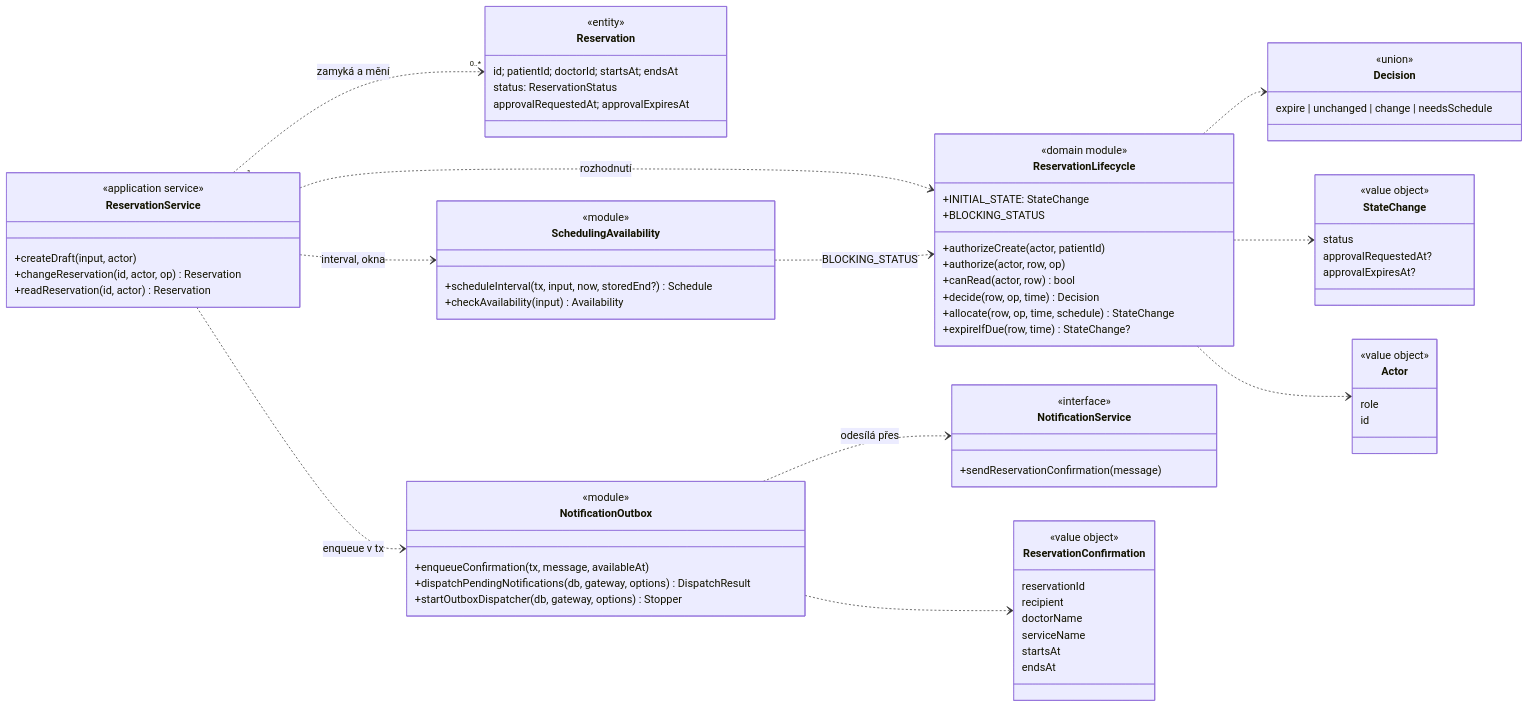
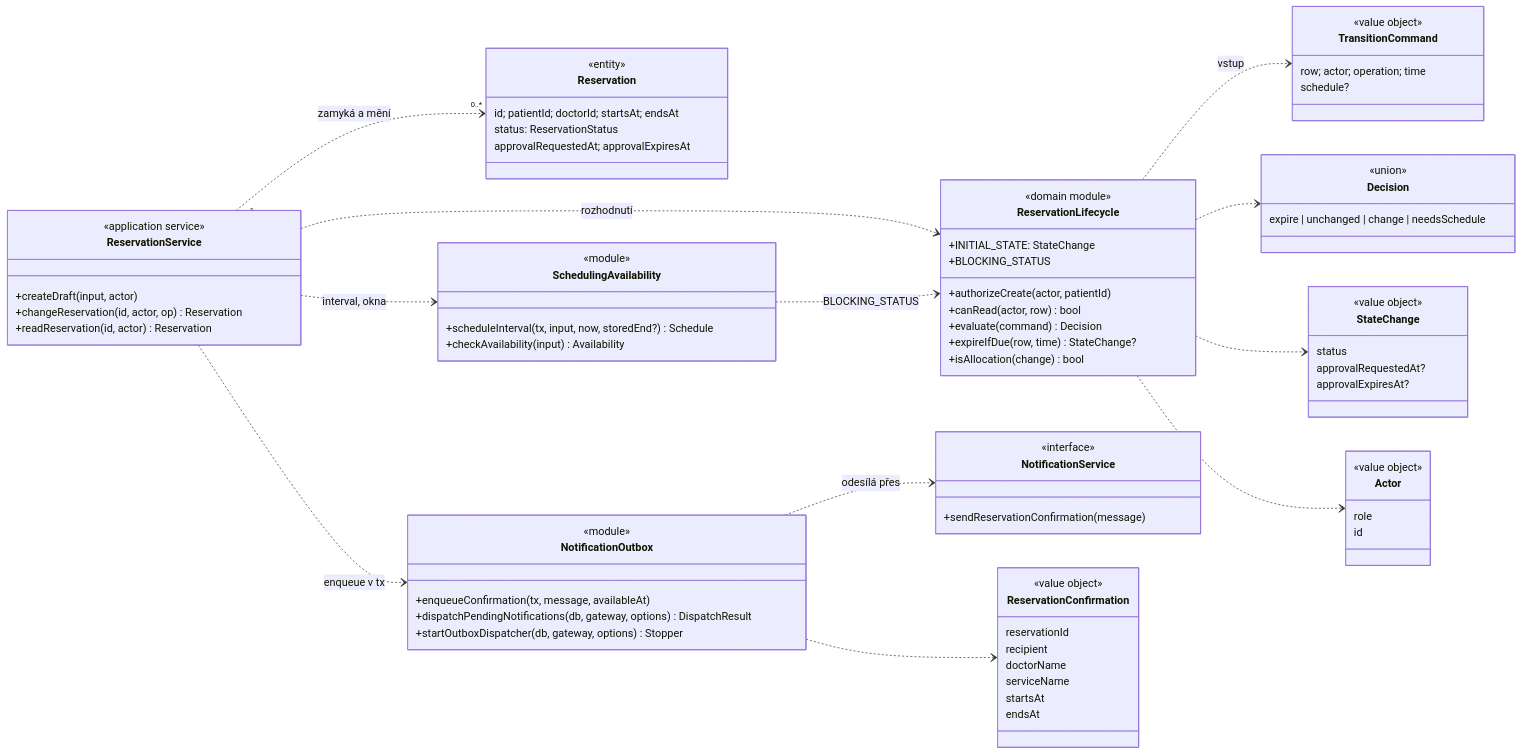
The sixth of 6 diagrams in docs/c03/architecture.md (ethanjojo/reservationsystem-swi), drawn with Mermaid before and after one commit. The commit also changed other lines of this file and 1 other file, not shown here.

First line of the commit message:
docs: align C03 views and ADR-007 with C05 evaluate contract (C06 F2)

````diff
--- a/docs/c03/architecture.md
+++ b/docs/c03/architecture.md
@@ -293,76 +298,81 @@
 ```mermaid
 classDiagram
   direction LR
   class Reservation {
     <<entity>>
     id; patientId; doctorId; startsAt; endsAt
     status: ReservationStatus
     approvalRequestedAt; approvalExpiresAt
   }
   class Actor {
     <<value object>>
     role
     id
   }
   class ReservationLifecycle {
     <<domain module>>
     +INITIAL_STATE: StateChange
     +BLOCKING_STATUS
     +authorizeCreate(actor, patientId)
-    +authorize(actor, row, op)
     +canRead(actor, row) bool
-    +decide(row, op, time) Decision
-    +allocate(row, op, time, schedule) StateChange
+    +evaluate(command) Decision
     +expireIfDue(row, time) StateChange?
+    +isAllocation(change) bool
+  }
+  class TransitionCommand {
+    <<value object>>
+    row; actor; operation; time
+    schedule?
   }
   class Decision {
     <<union>>
     expire | unchanged | change | needsSchedule
   }
   class StateChange {
     <<value object>>
     status
     approvalRequestedAt?
     approvalExpiresAt?
   }
   class ReservationService {
     <<application service>>
     +createDraft(input, actor)
     +changeReservation(id, actor, op) Reservation
     +readReservation(id, actor) Reservation
   }
   class SchedulingAvailability {
     <<module>>
     +scheduleInterval(tx, input, now, storedEnd?) Schedule
     +checkAvailability(input) Availability
   }
   class NotificationOutbox {
     <<module>>
     +enqueueConfirmation(tx, message, availableAt)
     +dispatchPendingNotifications(db, gateway, options) DispatchResult
     +startOutboxDispatcher(db, gateway, options) Stopper
   }
   class NotificationService {
     <<interface>>
     +sendReservationConfirmation(message)
   }
   class ReservationConfirmation {
     <<value object>>
     reservationId
     recipient
     doctorName
     serviceName
     startsAt
     endsAt
   }
   ReservationService ..> ReservationLifecycle : rozhodnutí
   ReservationService ..> SchedulingAvailability : interval, okna
   ReservationService ..> NotificationOutbox : enqueue v tx
+  ReservationLifecycle ..> TransitionCommand : vstup
   ReservationLifecycle ..> Decision
   ReservationLifecycle ..> StateChange
   ReservationLifecycle ..> Actor
   ReservationService "1" ..> "0..*" Reservation : zamyká a mění
   NotificationOutbox ..> NotificationService : odesílá přes
   NotificationOutbox ..> ReservationConfirmation
   SchedulingAvailability ..> ReservationLifecycle : BLOCKING_STATUS
 ```
````
